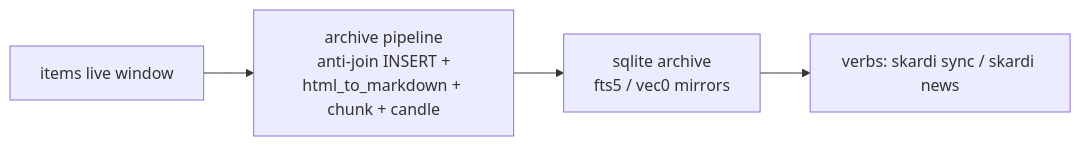
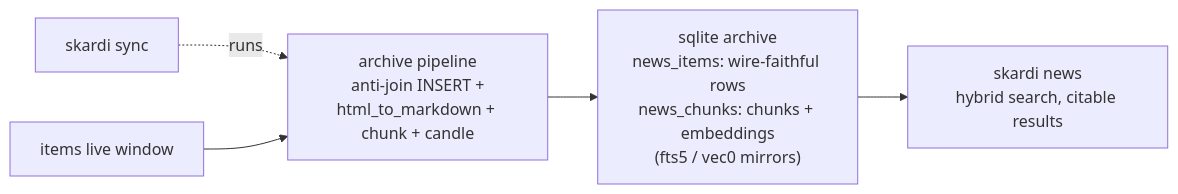
Before and after one commit to SkardiLabs/skardi: the third of 5 diagrams in docs/superpowers/specs/2026-07-22-rss-feed-support-design-v2.md, drawn with Mermaid. The commit also changed other lines of this file, not shown here.

First line of the commit message:
docs(spec): define auto_news_base two-table archive contract and skill lifecycle

````diff
--- a/docs/superpowers/specs/2026-07-22-rss-feed-support-design-v2.md
+++ b/docs/superpowers/specs/2026-07-22-rss-feed-support-design-v2.md
@@ -119,6 +137,7 @@
 ```mermaid
 flowchart LR
+    Sync["skardi sync"] -.->|runs| P
     Items["items live window"] --> P["archive pipeline<br/>anti-join INSERT +<br/>html_to_markdown + chunk + candle"]
-    P --> A["sqlite archive<br/>fts5 / vec0 mirrors"]
-    A --> V["verbs: skardi sync / skardi news"]
+    P --> A["sqlite archive<br/>news_items: wire-faithful rows<br/>news_chunks: chunks + embeddings<br/>(fts5 / vec0 mirrors)"]
+    A --> News["skardi news<br/>hybrid search, citable results"]
 ```
````
